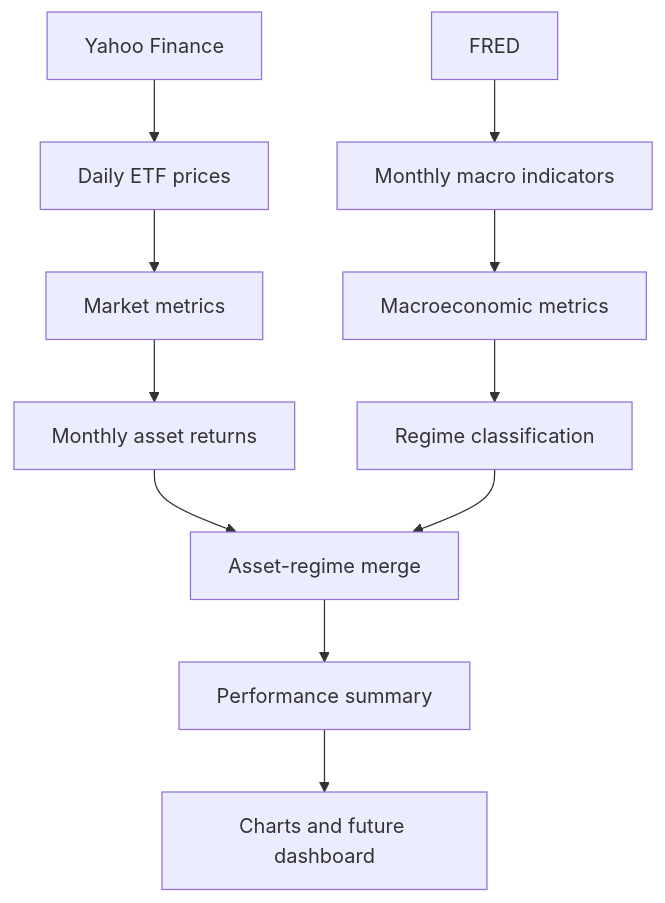
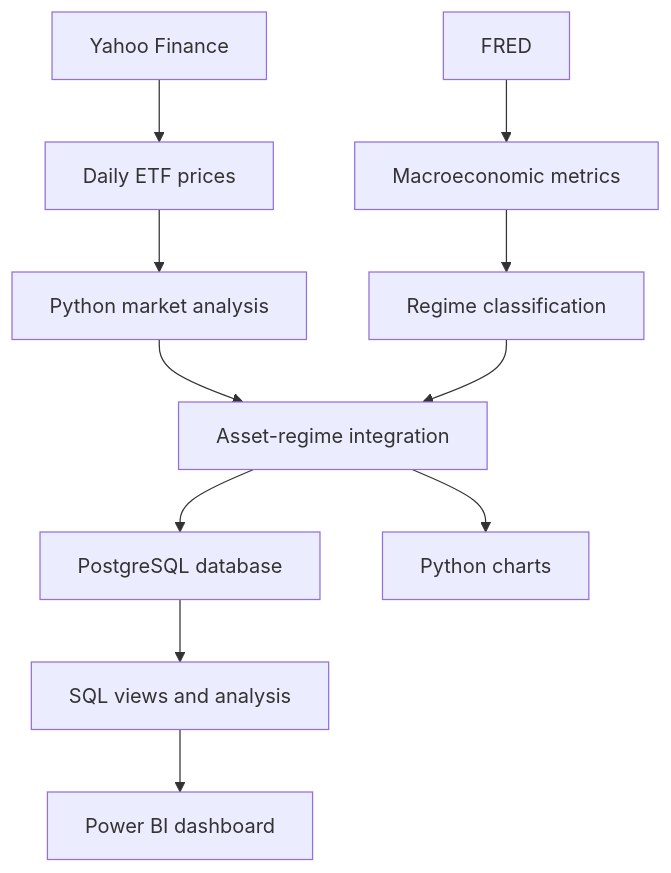
Before and after one commit to JoelTul/market-regime-analytics: the diagram in README.md, drawn with Mermaid. The commit also changed other lines of this file and 4 other files, not shown here.

Commit message:
Add PostgreSQL loader and Power BI dashboard

````diff
--- a/README.md
+++ b/README.md
@@ -102,15 +111,13 @@
 ```mermaid
 flowchart TD
     A[Yahoo Finance] --> B[Daily ETF prices]
-    B --> C[Market metrics]
-    C --> D[Monthly asset returns]
-
-    E[FRED] --> F[Monthly macro indicators]
-    F --> G[Macroeconomic metrics]
-    G --> H[Regime classification]
-
-    D --> I[Asset-regime merge]
-    H --> I
-    I --> J[Performance summary]
-    J --> K[Charts and future dashboard]
+    B --> C[Python market analysis]
+    D[FRED] --> E[Macroeconomic metrics]
+    E --> F[Regime classification]
+    C --> G[Asset-regime integration]
+    F --> G
+    G --> H[PostgreSQL database]
+    H --> I[SQL views and analysis]
+    I --> J[Power BI dashboard]
+    G --> K[Python charts]
 ```
````
